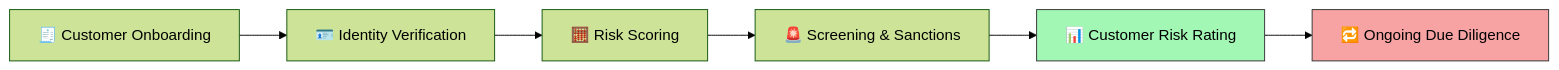
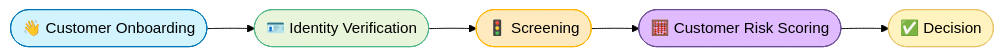
The second of 4 diagrams in readme.md (JasonFong-AML/fincrime-signals), drawn with Mermaid (forest theme) before and after one commit. The commit also changed other lines of this file, not shown here.

````diff
--- a/readme.md
+++ b/readme.md
@@ -26,17 +59,22 @@
-``` mermaid
+```mermaid
+
 flowchart LR
 
-    A[🧾 Customer Onboarding] --> B[🪪 Identity Verification]
-    B --> C[🧮 Risk Scoring]
-    C --> D[🚨 Screening & Sanctions]
-    D --> E[📊 Customer Risk Rating]
-    E --> F[🔁 Ongoing Due Diligence]
+A([👋 Customer Onboarding]) --> B([🪪 Identity Verification])
+B --> C([🚦 Screening])
+C --> D([🧮 Customer Risk Scoring])
+D --> E([✅ Decision])
 
-    classDef lowRisk fill:#a3f7b5,stroke:#333,stroke-width:1px;
-    classDef highRisk fill:#f7a3a3,stroke:#333,stroke-width:1px;
-    E:::lowRisk
-    F:::highRisk
+%% --- Optional styling for consistency ---
+classDef onboarding fill:#d2f4ff,stroke:#0077b6,color:#000;
+classDef idv fill:#e9f5db,stroke:#52b788,color:#000;
+classDef screening fill:#ffeabf,stroke:#ffb703,color:#000;
+classDef scoring fill:#e0bbff,stroke:#6a4c93,color:#000;
+classDef decision fill:#fff3bf,stroke:#e9c46a,color:#000;
 
-    %% title: Know Your Customer (KYC) Pipeline
-
+class A onboarding;
+class B idv;
+class C screening;
+class D scoring;
+class E decision;
 ```
````
